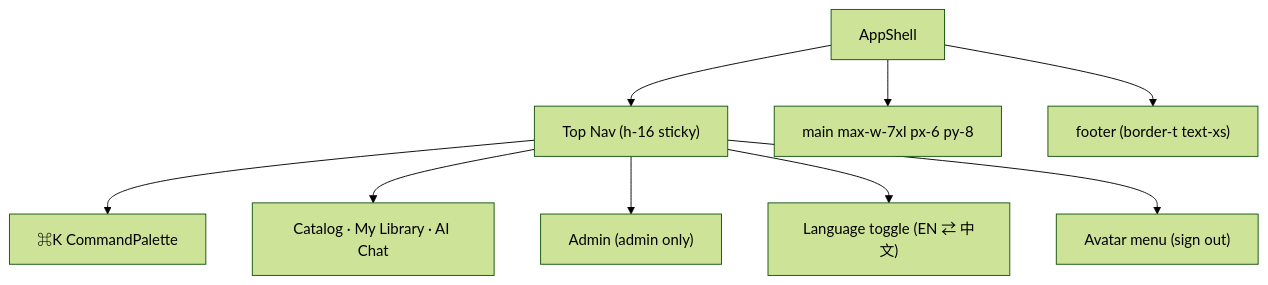
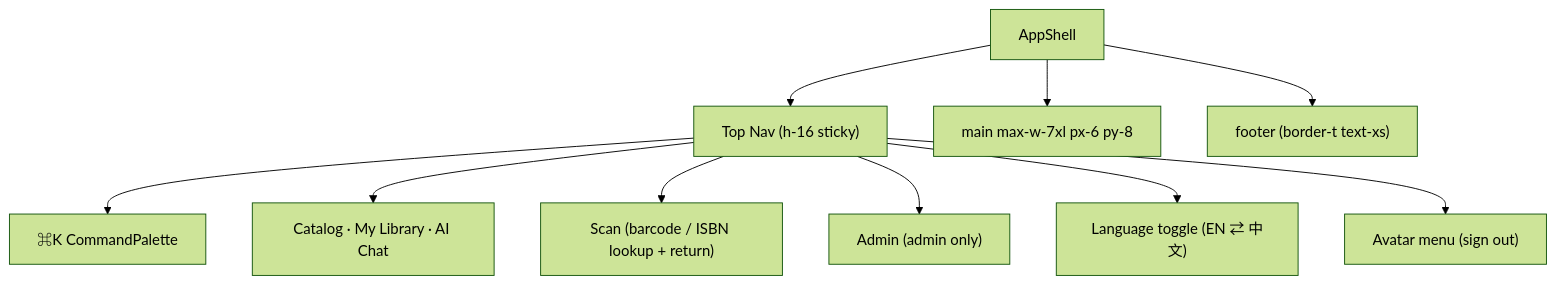
One commit to cattyman919/athenaeum changed the first of 3 diagrams in docs/12-ui-design.md. Above: the diagram before and after it, drawn with Mermaid (forest theme). The commit also changed other lines of this file and 13 other files, not shown here.

````diff
--- a/docs/12-ui-design.md
+++ b/docs/12-ui-design.md
@@ -113,11 +113,12 @@
 ```mermaid
 graph TD
     SHELL["AppShell"] --> NAV["Top Nav (h-16 sticky)"]
     NAV --> QB["⌘K CommandPalette"]
     NAV --> LINKS["Catalog · My Library · AI Chat"]
+    NAV --> SCANBTN["Scan (barcode / ISBN lookup + return)"]
     NAV --> ADMLINK["Admin (admin only)"]
     NAV --> LOC["Language toggle (EN ⇄ 中文)"]
     NAV --> AV["Avatar menu (sign out)"]
     SHELL --> MAIN["main max-w-7xl px-6 py-8"]
     SHELL --> FOOT["footer (border-t text-xs)"]
 ```
````
